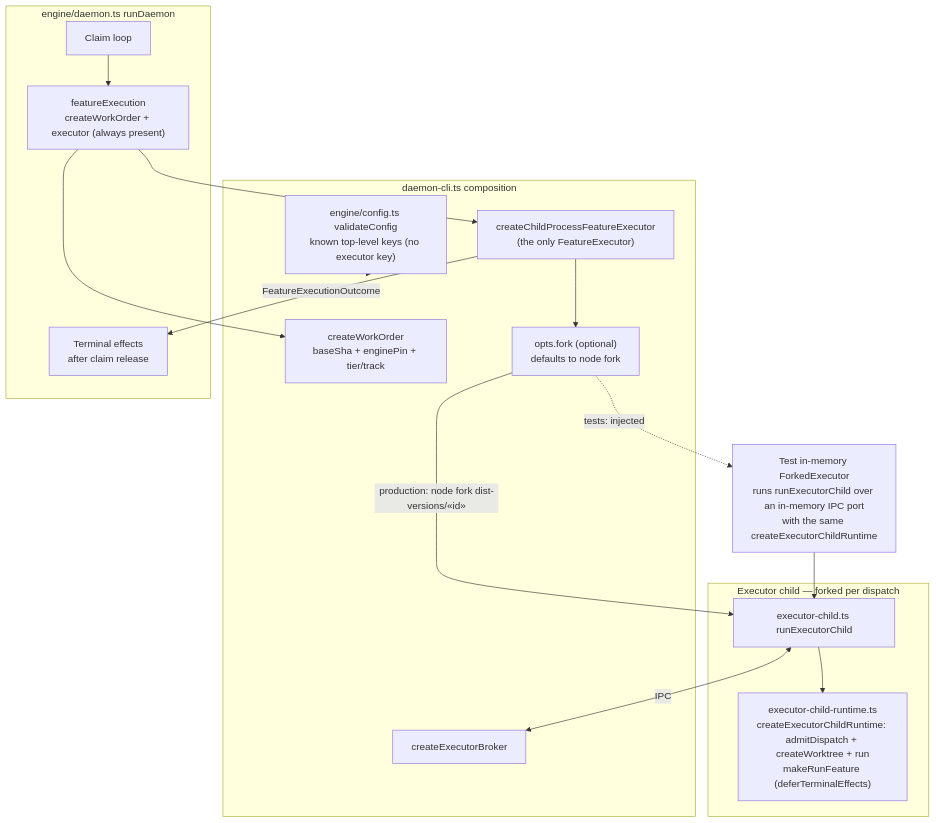
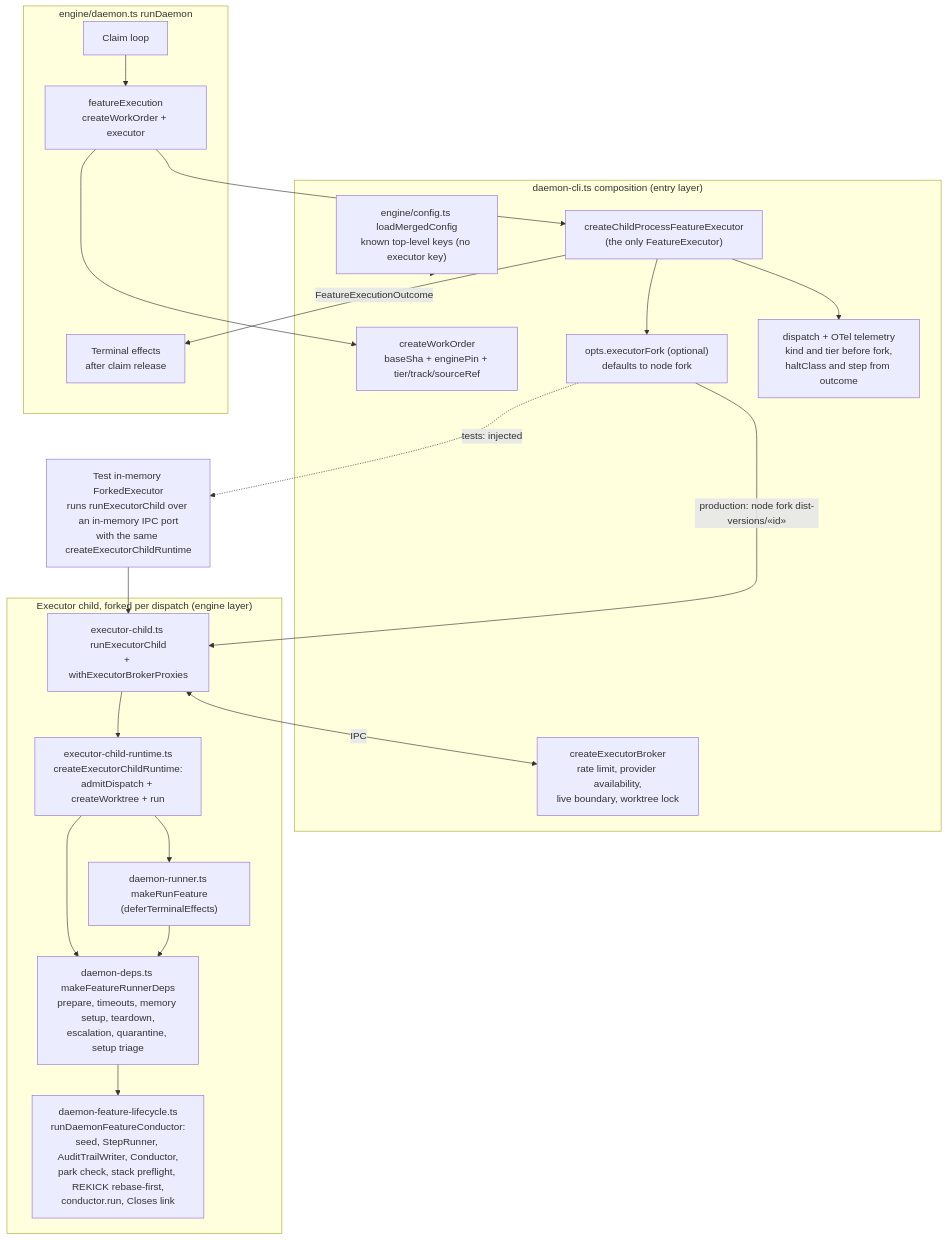
One commit to jstoup111/ai-conductor changed the first of 2 diagrams in .docs/architecture/daemon-still-carries-two-feature-executors-in-proc.md. Above: the diagram before and after it, drawn with Mermaid. The commit also changed other lines of this file and 5 other files, not shown here.

Commit message:
spec: amend #3333 design for child-executor lifecycle parity (Tier L, stacked)

````diff
--- a/.docs/architecture/daemon-still-carries-two-feature-executors-in-proc.md
+++ b/.docs/architecture/daemon-still-carries-two-feature-executors-in-proc.md
@@ -12,35 +14,44 @@
 ```mermaid
 graph TD
-    subgraph CLI["daemon-cli.ts composition"]
-        Config["engine/config.ts validateConfig<br/>known top-level keys (no executor key)"]
-        WOB["createWorkOrder<br/>baseSha + enginePin + tier/track"]
+    subgraph CLI["daemon-cli.ts composition (entry layer)"]
+        Config["engine/config.ts loadMergedConfig<br/>known top-level keys (no executor key)"]
+        WOB["createWorkOrder<br/>baseSha + enginePin + tier/track/sourceRef"]
         Child["createChildProcessFeatureExecutor<br/>(the only FeatureExecutor)"]
-        Broker["createExecutorBroker"]
-        Seam["opts.fork (optional)<br/>defaults to node fork"]
+        Broker["createExecutorBroker<br/>rate limit, provider availability,<br/>live boundary, worktree lock"]
+        Seam["opts.executorFork (optional)<br/>defaults to node fork"]
+        Tele["dispatch + OTel telemetry<br/>kind and tier before fork,<br/>haltClass and step from outcome"]
     end
 
     subgraph Core["engine/daemon.ts runDaemon"]
         Claim["Claim loop"]
-        FE["featureExecution<br/>createWorkOrder + executor (always present)"]
+        FE["featureExecution<br/>createWorkOrder + executor"]
         Effects["Terminal effects<br/>after claim release"]
     end
 
-    subgraph Proc["Executor child — forked per dispatch"]
-        Entry["executor-child.ts runExecutorChild"]
-        Runtime["executor-child-runtime.ts<br/>createExecutorChildRuntime: admitDispatch + createWorktree + run<br/>makeRunFeature (deferTerminalEffects)"]
+    subgraph Proc["Executor child, forked per dispatch (engine layer)"]
+        Entry["executor-child.ts runExecutorChild<br/>+ withExecutorBrokerProxies"]
+        Runtime["executor-child-runtime.ts<br/>createExecutorChildRuntime:<br/>admitDispatch + createWorktree + run"]
+        Deps["daemon-deps.ts makeFeatureRunnerDeps<br/>prepare, timeouts, memory setup, teardown,<br/>escalation, quarantine, setup triage"]
+        Life["daemon-feature-lifecycle.ts<br/>runDaemonFeatureConductor:<br/>seed, StepRunner, AuditTrailWriter, Conductor,<br/>park check, stack preflight, REKICK rebase-first,<br/>conductor.run, Closes link"]
+        Runner["daemon-runner.ts makeRunFeature<br/>(deferTerminalEffects)"]
     end
 
     TestFork["Test in-memory ForkedExecutor<br/>runs runExecutorChild over an in-memory IPC port<br/>with the same createExecutorChildRuntime"]
 
     Config --> CLI
     Claim --> FE
     FE --> WOB
     FE --> Child
     Child --> Seam
+    Child --> Tele
     Seam -->|"production: node fork dist-versions/«id»"| Entry
     Seam -.->|"tests: injected"| TestFork
     TestFork --> Entry
     Entry <-->|"IPC"| Broker
     Entry --> Runtime
+    Runtime --> Runner
+    Runtime --> Deps
+    Runner --> Deps
+    Deps --> Life
     Child -->|"FeatureExecutionOutcome"| Effects
 ```
````
